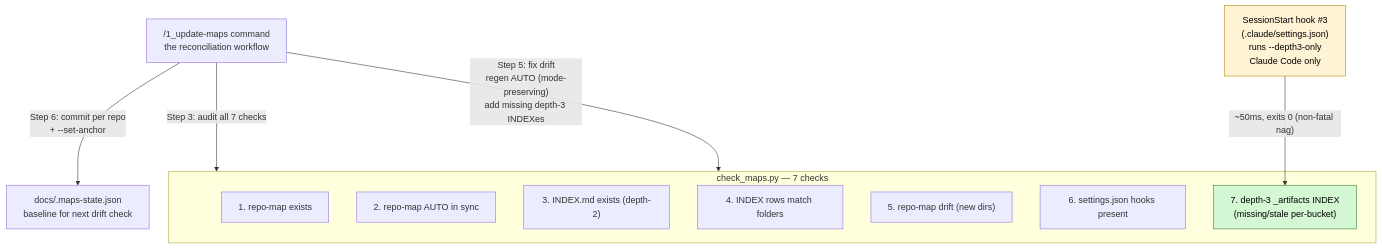
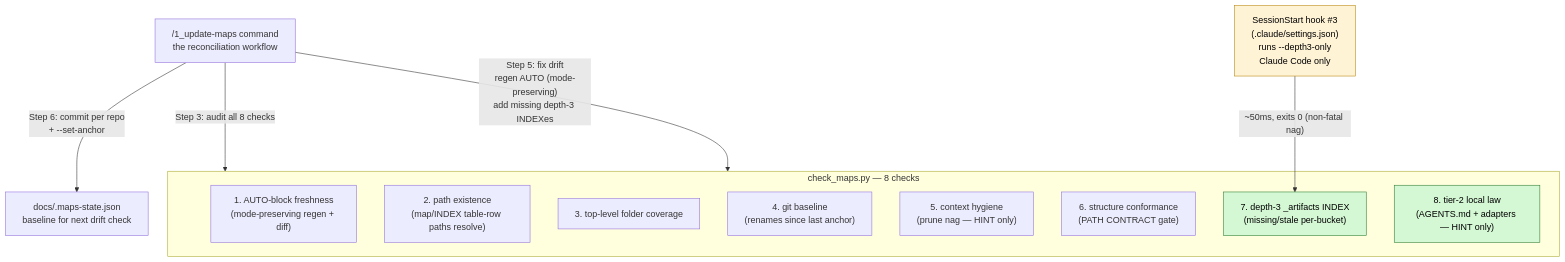
One commit to sudomadhatter/Sudo_Hatter_Command changed the fourth of 7 diagrams in _my_resources/diagrams_guides/system/file_folder_structure+maintaining.md. Above: the diagram before and after it, drawn with Mermaid. The commit also changed other lines of this file and 26 other files, not shown here.

````diff
--- a/_my_resources/diagrams_guides/system/file_folder_structure+maintaining.md
+++ b/_my_resources/diagrams_guides/system/file_folder_structure+maintaining.md
@@ -91,25 +124,26 @@
 ```mermaid
 flowchart TD
-    subgraph LINTER ["check_maps.py — 7 checks"]
-        C1["1. repo-map exists"]
-        C2["2. repo-map AUTO in sync"]
-        C3["3. INDEX.md exists (depth-2)"]
-        C4["4. INDEX rows match folders"]
-        C5["5. repo-map drift (new dirs)"]
-        C6["6. settings.json hooks present"]
+    subgraph LINTER ["check_maps.py — 8 checks"]
+        C1["1. AUTO-block freshness\n(mode-preserving regen + diff)"]
+        C2["2. path existence\n(map/INDEX table-row paths resolve)"]
+        C3["3. top-level folder coverage"]
+        C4["4. git baseline\n(renames since last anchor)"]
+        C5["5. context hygiene\n(prune nag — HINT only)"]
+        C6["6. structure conformance\n(PATH CONTRACT gate)"]
         C7["7. depth-3 _artifacts INDEX\n(missing/stale per-bucket)"]
+        C8["8. tier-2 local law\n(AGENTS.md + adapters — HINT only)"]
     end
 
     HOOK["SessionStart hook #3\n(.claude/settings.json)\nruns --depth3-only\nClaude Code only"]
     HOOK -->|"~50ms, exits 0 (non-fatal nag)"| C7
 
     WORKFLOW["/1_update-maps command\nthe reconciliation workflow"]
-    WORKFLOW -->|"Step 3: audit all 7 checks"| LINTER
+    WORKFLOW -->|"Step 3: audit all 8 checks"| LINTER
     WORKFLOW -->|"Step 5: fix drift\nregen AUTO (mode-preserving)\nadd missing depth-3 INDEXes"| LINTER
     WORKFLOW -->|"Step 6: commit per repo\n+ --set-anchor"| ANCHOR["docs/.maps-state.json\nbaseline for next drift check"]
 
     classDef hook fill:#fff3d6,stroke:#b8860b,color:#000
     classDef depth3 fill:#d4f7d4,stroke:#2e7d32,color:#000
     class HOOK hook
-    class C7 depth3
+    class C7,C8 depth3
 ```
````
